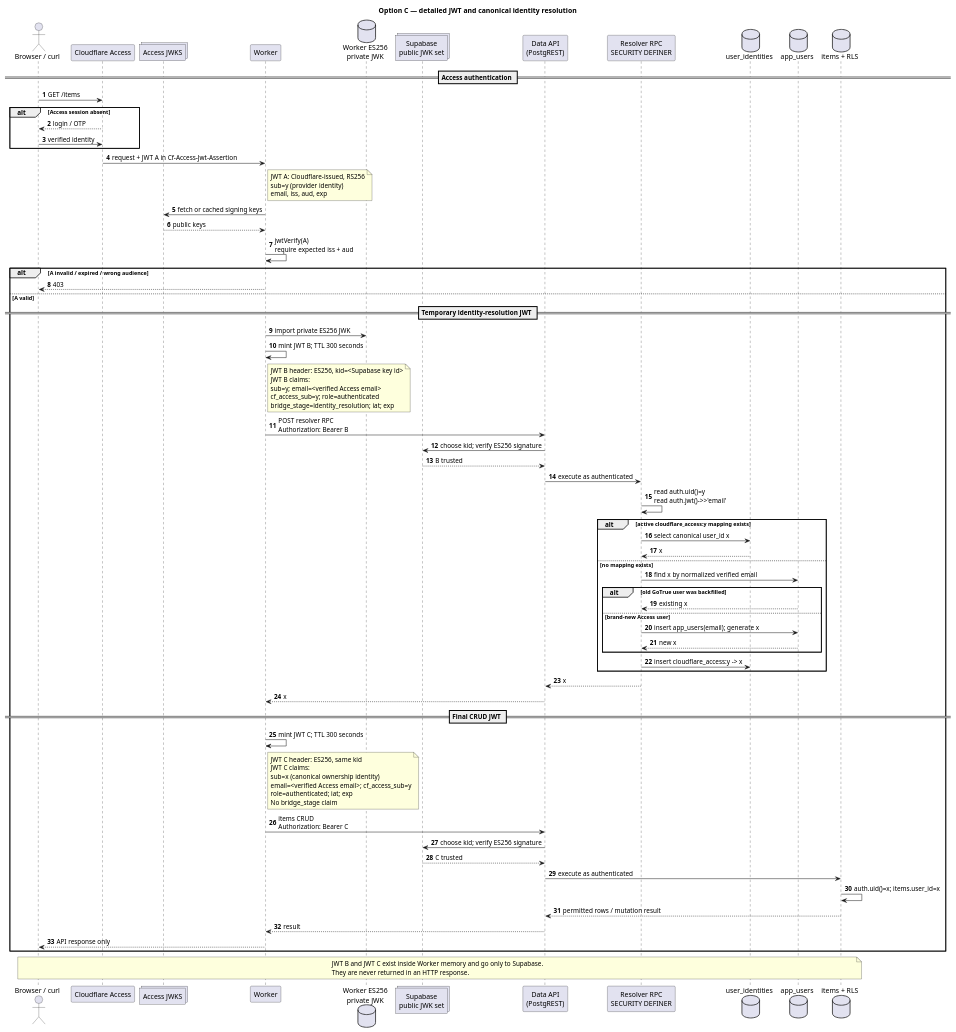
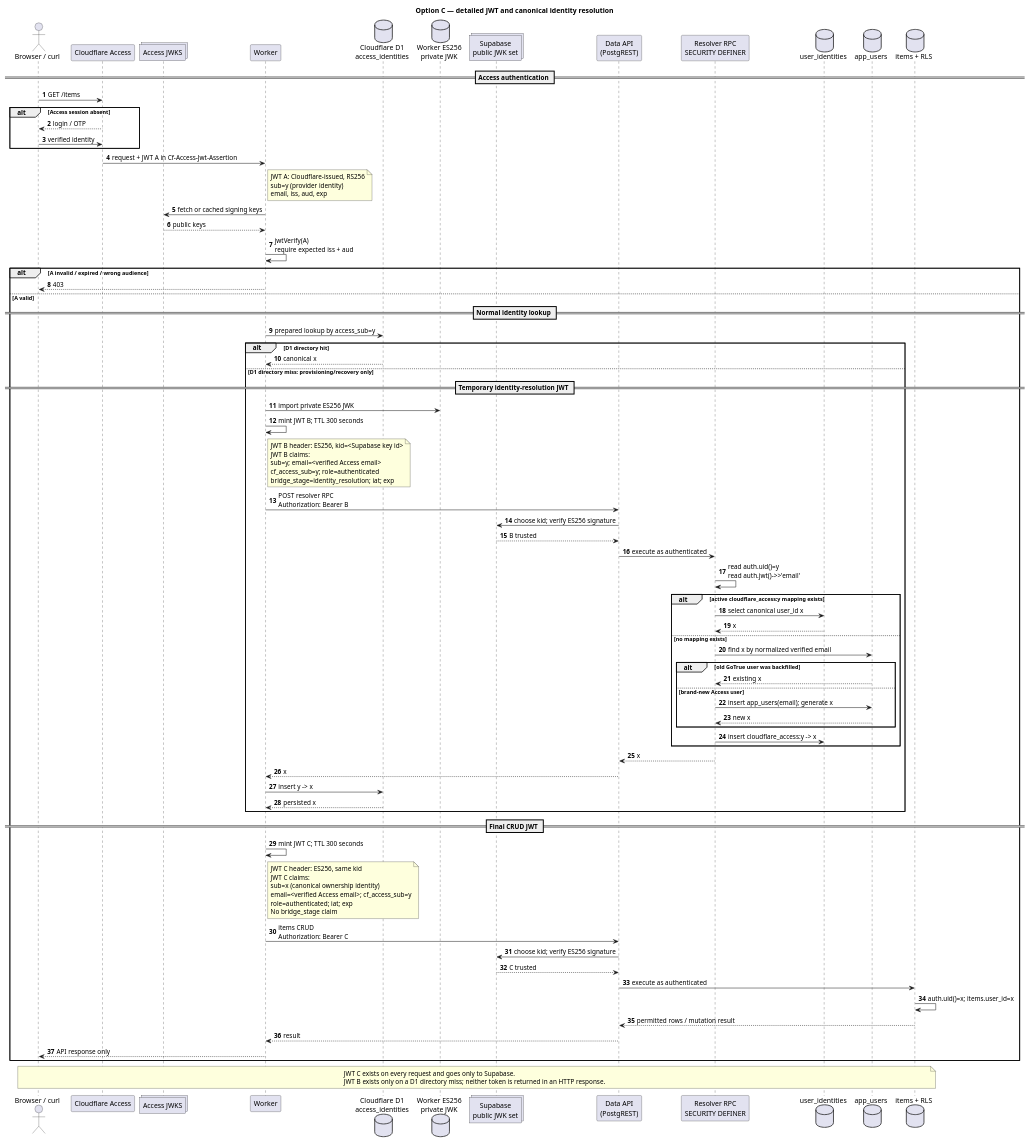
One commit to yuyutsuk/supa changed the diagram in docs/diagrams/option-c-jwt-identity-sequence.puml. Above: the diagram before and after it, drawn with PlantUML. The commit also changed 12 other files, not shown here.

Commit message:
feat: add D1 identity directory for Access auth

```diff
--- a/docs/diagrams/option-c-jwt-identity-sequence.puml
+++ b/docs/diagrams/option-c-jwt-identity-sequence.puml
@@ -1,90 +1,99 @@
 @startuml
 title Option C — detailed JWT and canonical identity resolution
 autonumber
 
 actor "Browser / curl" as Client
 participant "Cloudflare Access" as Access
 collections "Access JWKS" as AccessJWKS
 participant "Worker" as Worker
+database "Cloudflare D1\naccess_identities" as D1
 database "Worker ES256\nprivate JWK" as WorkerKey
 collections "Supabase\npublic JWK set" as SupabaseKeys
 participant "Data API\n(PostgREST)" as API
 participant "Resolver RPC\nSECURITY DEFINER" as RPC
 database "user_identities" as Identities
 database "app_users" as Users
 database "items + RLS" as Items
 
 == Access authentication ==
 Client -> Access: GET /items
 alt Access session absent
   Access --> Client: login / OTP
   Client -> Access: verified identity
 end
 Access -> Worker: request + JWT A in Cf-Access-Jwt-Assertion
 note right of Worker
 JWT A: Cloudflare-issued, RS256
 sub=y (provider identity)
 email, iss, aud, exp
 end note
 
 Worker -> AccessJWKS: fetch or cached signing keys
 AccessJWKS --> Worker: public keys
 Worker -> Worker: jwtVerify(A)\nrequire expected iss + aud
 alt A invalid / expired / wrong audience
   Worker --> Client: 403
 else A valid
-  == Temporary identity-resolution JWT ==
-  Worker -> WorkerKey: import private ES256 JWK
-  Worker -> Worker: mint JWT B; TTL 300 seconds
-  note right of Worker
+  == Normal identity lookup ==
+  Worker -> D1: prepared lookup by access_sub=y
+  alt D1 directory hit
+    D1 --> Worker: canonical x
+  else D1 directory miss: provisioning/recovery only
+    == Temporary identity-resolution JWT ==
+    Worker -> WorkerKey: import private ES256 JWK
+    Worker -> Worker: mint JWT B; TTL 300 seconds
+    note right of Worker
 JWT B header: ES256, kid=<Supabase key id>
 JWT B claims:
 sub=y; email=<verified Access email>
 cf_access_sub=y; role=authenticated
 bridge_stage=identity_resolution; iat; exp
 end note
-  Worker -> API: POST resolver RPC\nAuthorization: Bearer B
-  API -> SupabaseKeys: choose kid; verify ES256 signature
-  SupabaseKeys --> API: B trusted
-  API -> RPC: execute as authenticated
-  RPC -> RPC: read auth.uid()=y\nread auth.jwt()->>'email'
-  alt active cloudflare_access:y mapping exists
-    RPC -> Identities: select canonical user_id x
-    Identities --> RPC: x
-  else no mapping exists
-    RPC -> Users: find x by normalized verified email
-    alt old GoTrue user was backfilled
-      Users --> RPC: existing x
-    else brand-new Access user
-      RPC -> Users: insert app_users(email); generate x
-      Users --> RPC: new x
+    Worker -> API: POST resolver RPC\nAuthorization: Bearer B
+    API -> SupabaseKeys: choose kid; verify ES256 signature
+    SupabaseKeys --> API: B trusted
+    API -> RPC: execute as authenticated
+    RPC -> RPC: read auth.uid()=y\nread auth.jwt()->>'email'
+    alt active cloudflare_access:y mapping exists
+      RPC -> Identities: select canonical user_id x
+      Identities --> RPC: x
+    else no mapping exists
+      RPC -> Users: find x by normalized verified email
+      alt old GoTrue user was backfilled
+        Users --> RPC: existing x
+      else brand-new Access user
+        RPC -> Users: insert app_users(email); generate x
+        Users --> RPC: new x
+      end
+      RPC -> Identities: insert cloudflare_access:y -> x
     end
-    RPC -> Identities: insert cloudflare_access:y -> x
+    RPC --> API: x
+    API --> Worker: x
+    Worker -> D1: insert y -> x
+    D1 --> Worker: persisted x
   end
-  RPC --> API: x
-  API --> Worker: x
   == Final CRUD JWT ==
   Worker -> Worker: mint JWT C; TTL 300 seconds
   note right of Worker
 JWT C header: ES256, same kid
 JWT C claims:
 sub=x (canonical ownership identity)
 email=<verified Access email>; cf_access_sub=y
 role=authenticated; iat; exp
 No bridge_stage claim
 end note
   Worker -> API: items CRUD\nAuthorization: Bearer C
   API -> SupabaseKeys: choose kid; verify ES256 signature
   SupabaseKeys --> API: C trusted
   API -> Items: execute as authenticated
   Items -> Items: auth.uid()=x; items.user_id=x
   Items --> API: permitted rows / mutation result
   API --> Worker: result
   Worker --> Client: API response only
 end
 
 note over Client,Items
-JWT B and JWT C exist inside Worker memory and go only to Supabase.
-They are never returned in an HTTP response.
+JWT C exists on every request and goes only to Supabase.
+JWT B exists only on a D1 directory miss; neither token is returned in an HTTP response.
 end note
 @enduml
```
